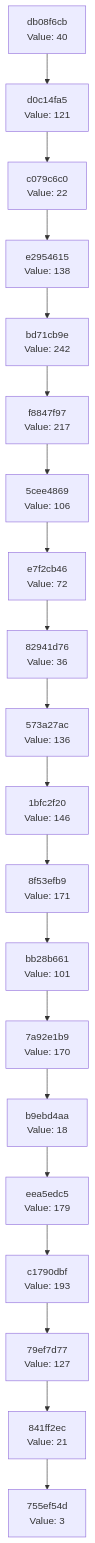
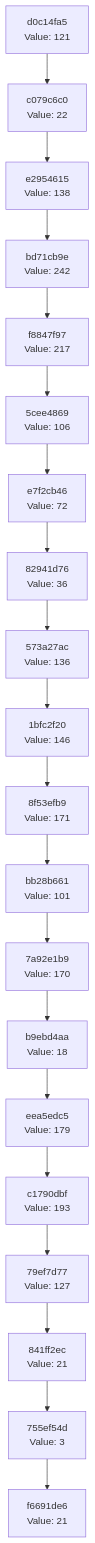
One commit to Abhisheksinha1506/hash-chain-evolver changed the diagram in docs/CHAIN_VISUALIZATION.md. Above: the diagram before and after it, drawn with Mermaid. The commit also changed 3 other files, not shown here.

````diff
--- a/docs/CHAIN_VISUALIZATION.md
+++ b/docs/CHAIN_VISUALIZATION.md
@@ -3,42 +3,42 @@
 ```mermaid
 graph TD
-    C0["755ef54d<br/>Value: 3"]
-    C1["841ff2ec<br/>Value: 21"]
+    C0["f6691de6<br/>Value: 21"]
+    C1["755ef54d<br/>Value: 3"]
     C1 --> C0
-    C2["79ef7d77<br/>Value: 127"]
+    C2["841ff2ec<br/>Value: 21"]
     C2 --> C1
-    C3["c1790dbf<br/>Value: 193"]
+    C3["79ef7d77<br/>Value: 127"]
     C3 --> C2
-    C4["eea5edc5<br/>Value: 179"]
+    C4["c1790dbf<br/>Value: 193"]
     C4 --> C3
-    C5["b9ebd4aa<br/>Value: 18"]
+    C5["eea5edc5<br/>Value: 179"]
     C5 --> C4
-    C6["7a92e1b9<br/>Value: 170"]
+    C6["b9ebd4aa<br/>Value: 18"]
     C6 --> C5
-    C7["bb28b661<br/>Value: 101"]
+    C7["7a92e1b9<br/>Value: 170"]
     C7 --> C6
-    C8["8f53efb9<br/>Value: 171"]
+    C8["bb28b661<br/>Value: 101"]
     C8 --> C7
-    C9["1bfc2f20<br/>Value: 146"]
+    C9["8f53efb9<br/>Value: 171"]
     C9 --> C8
-    C10["573a27ac<br/>Value: 136"]
+    C10["1bfc2f20<br/>Value: 146"]
     C10 --> C9
-    C11["82941d76<br/>Value: 36"]
+    C11["573a27ac<br/>Value: 136"]
     C11 --> C10
-    C12["e7f2cb46<br/>Value: 72"]
+    C12["82941d76<br/>Value: 36"]
     C12 --> C11
-    C13["5cee4869<br/>Value: 106"]
+    C13["e7f2cb46<br/>Value: 72"]
     C13 --> C12
-    C14["f8847f97<br/>Value: 217"]
+    C14["5cee4869<br/>Value: 106"]
     C14 --> C13
-    C15["bd71cb9e<br/>Value: 242"]
+    C15["f8847f97<br/>Value: 217"]
     C15 --> C14
-    C16["e2954615<br/>Value: 138"]
+    C16["bd71cb9e<br/>Value: 242"]
     C16 --> C15
-    C17["c079c6c0<br/>Value: 22"]
+    C17["e2954615<br/>Value: 138"]
     C17 --> C16
-    C18["d0c14fa5<br/>Value: 121"]
+    C18["c079c6c0<br/>Value: 22"]
     C18 --> C17
-    C19["db08f6cb<br/>Value: 40"]
+    C19["d0c14fa5<br/>Value: 121"]
     C19 --> C18
 ```
````
